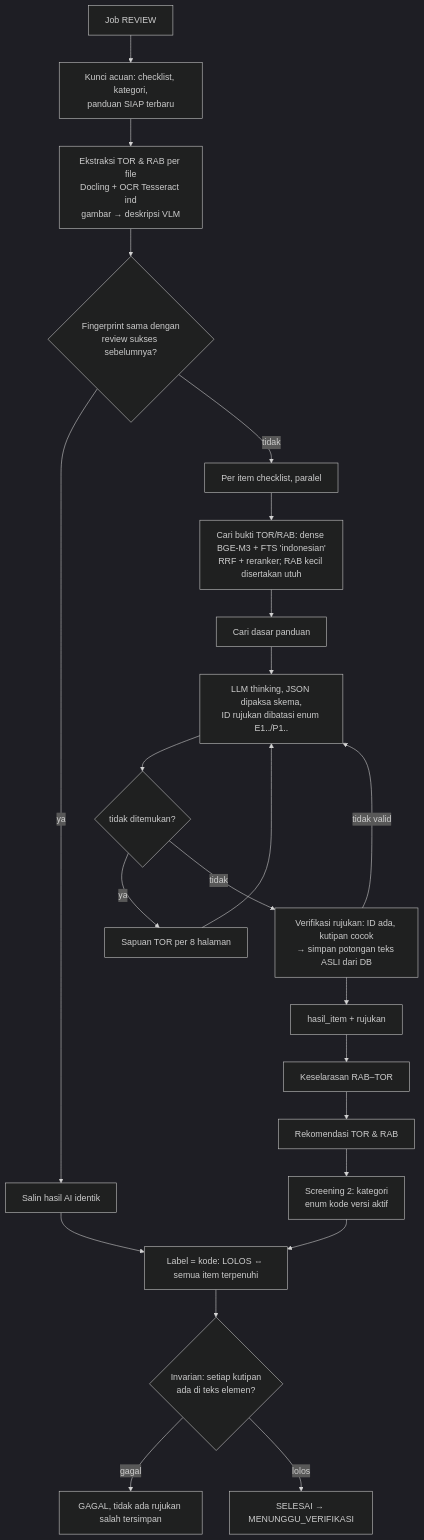
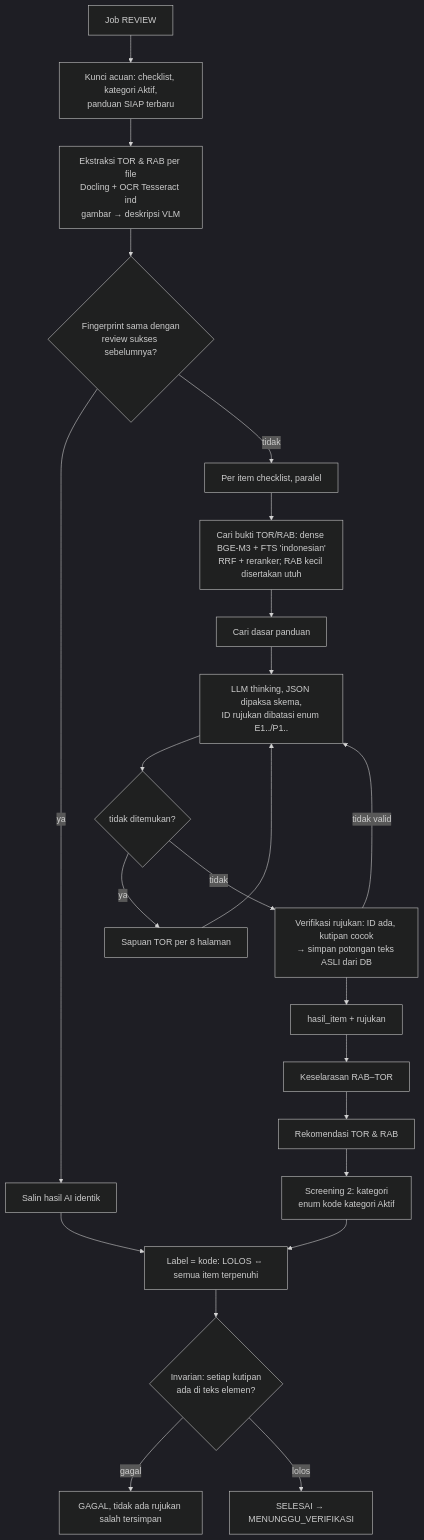
One commit to maldinimi/airen2 changed the second of 2 diagrams in docs/arsitektur.md. Above: the diagram before and after it, drawn with Mermaid (dark theme). The commit also changed other lines of this file and 25 other files, not shown here.

First line of the commit message:
Kategori: CRUD per kategori dengan status Aktif/Nonaktif

````diff
--- a/docs/arsitektur.md
+++ b/docs/arsitektur.md
@@ -44,22 +44,22 @@
 ```mermaid
 flowchart TD
-  S[Job REVIEW] --> V[Kunci acuan: checklist, kategori,<br/>panduan SIAP terbaru]
+  S[Job REVIEW] --> V[Kunci acuan: checklist, kategori Aktif,<br/>panduan SIAP terbaru]
   V --> E[Ekstraksi TOR & RAB per file<br/>Docling + OCR Tesseract ind<br/>gambar → deskripsi VLM]
   E --> FP{Fingerprint sama dengan<br/>review sukses sebelumnya?}
   FP -- ya --> C[Salin hasil AI identik]
   FP -- tidak --> I[Per item checklist, paralel]
   I --> R1[Cari bukti TOR/RAB: dense BGE-M3 + FTS 'indonesian'<br/>RRF + reranker; RAB kecil disertakan utuh]
   R1 --> R2[Cari dasar panduan]
   R2 --> L1[LLM thinking, JSON dipaksa skema,<br/>ID rujukan dibatasi enum E1../P1..]
   L1 --> SW{tidak ditemukan?}
   SW -- ya --> SP[Sapuan TOR per 8 halaman] --> L1
   SW -- tidak --> VR[Verifikasi rujukan: ID ada, kutipan cocok<br/>→ simpan potongan teks ASLI dari DB]
   VR -- tidak valid --> L1
   VR --> H[hasil_item + rujukan]
-  H --> K[Keselarasan RAB–TOR] --> RK[Rekomendasi TOR & RAB] --> K2[Screening 2: kategori<br/>enum kode versi aktif]
+  H --> K[Keselarasan RAB–TOR] --> RK[Rekomendasi TOR & RAB] --> K2[Screening 2: kategori<br/>enum kode kategori Aktif]
   C --> LB
   K2 --> LB[Label = kode: LOLOS ⇔ semua item terpenuhi]
   LB --> INV{Invarian: setiap kutipan<br/>ada di teks elemen?}
   INV -- gagal --> G[GAGAL, tidak ada rujukan salah tersimpan]
   INV -- lolos --> OK[SELESAI → MENUNGGU_VERIFIKASI]
 ```
````
